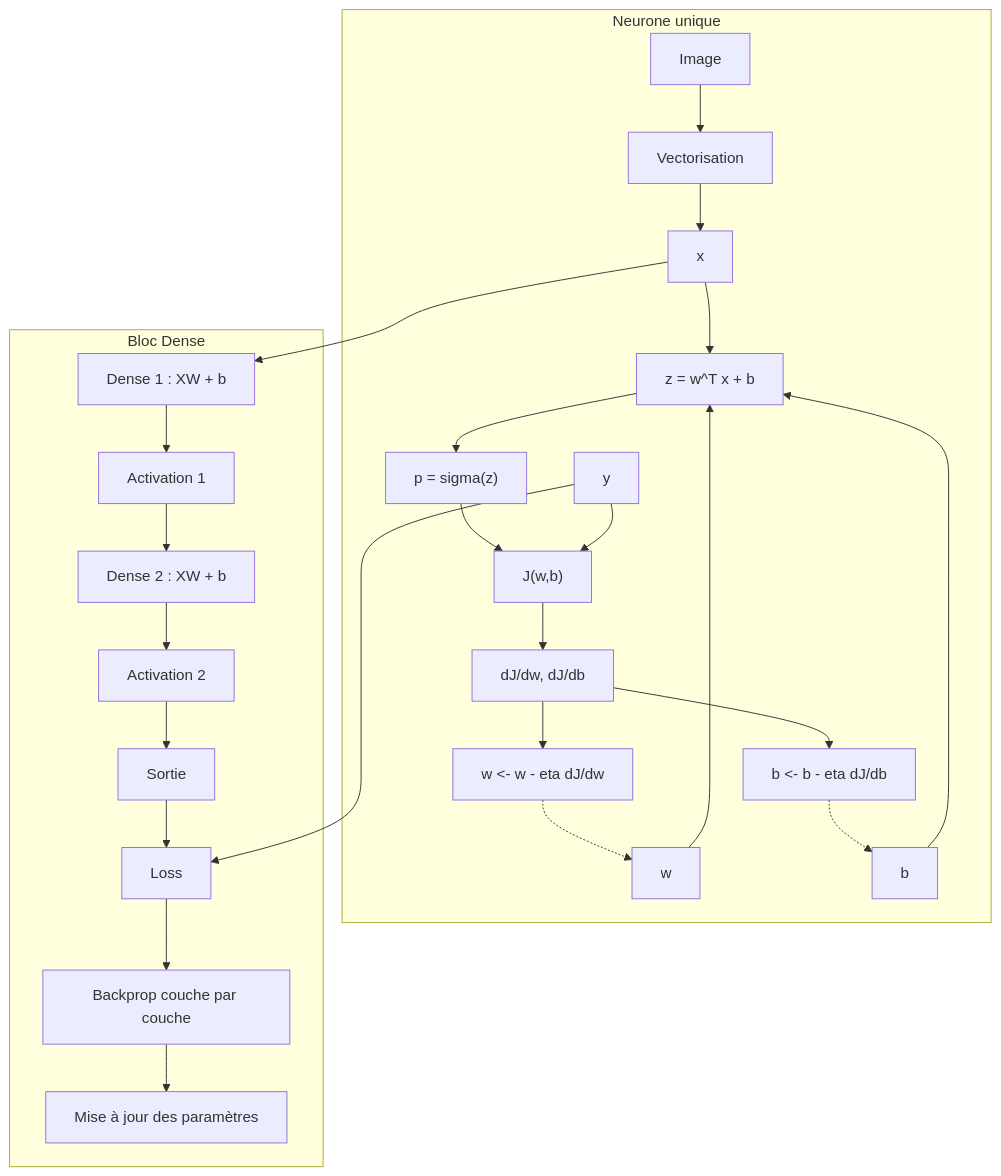
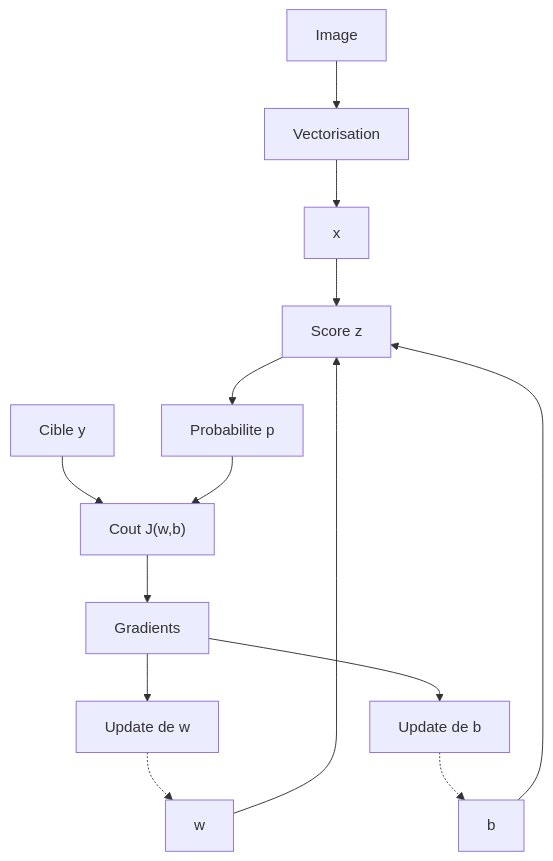
The first of 2 diagrams in schema-reseau-neurones.md (Appolinairee/scratch-deep-learning-vision), drawn with Mermaid before and after one commit. The commit also changed other lines of this file and 37 other files, not shown here.

First line of the commit message:
Add unit tests for activation functions, loss functions, and dense layers

````diff
--- a/schema-reseau-neurones.md
+++ b/schema-reseau-neurones.md
@@ -1,29 +3,16 @@
 ```mermaid
 flowchart TD
-  subgraph S["Neurone unique"]
-    I["Image"] --> V["Vectorisation"] --> X["x"]
-    W["w"] --> Z["z = w^T x + b"]
-    B["b"] --> Z
-    X --> Z
-    Z --> P["p = sigma(z)"]
-    P --> L["J(w,b)"]
-    Y["y"] --> L
-    L --> G["dJ/dw, dJ/db"]
-    G --> U1["w <- w - eta dJ/dw"]
-    G --> U2["b <- b - eta dJ/db"]
-    U1 -.-> W
-    U2 -.-> B
-  end
-
-  subgraph D["Bloc Dense"]
-    X --> D1["Dense 1 : XW + b"]
-    D1 --> A1["Activation 1"]
-    A1 --> D2["Dense 2 : XW + b"]
-    D2 --> A2["Activation 2"]
-    A2 --> OUT["Sortie"]
-    OUT --> LOSS["Loss"]
-    Y --> LOSS
-    LOSS --> BP["Backprop couche par couche"]
-    BP --> UP["Mise à jour des paramètres"]
-  end
+  I["Image"] --> V["Vectorisation"]
+  V --> X["x"]
+  W["w"] --> Z["Score z"]
+  B["b"] --> Z
+  X --> Z
+  Z --> P["Probabilite p"]
+  Y["Cible y"] --> J["Cout J(w,b)"]
+  P --> J
+  J --> G["Gradients"]
+  G --> U1["Update de w"]
+  G --> U2["Update de b"]
+  U1 -.-> W
+  U2 -.-> B
 ```
````
